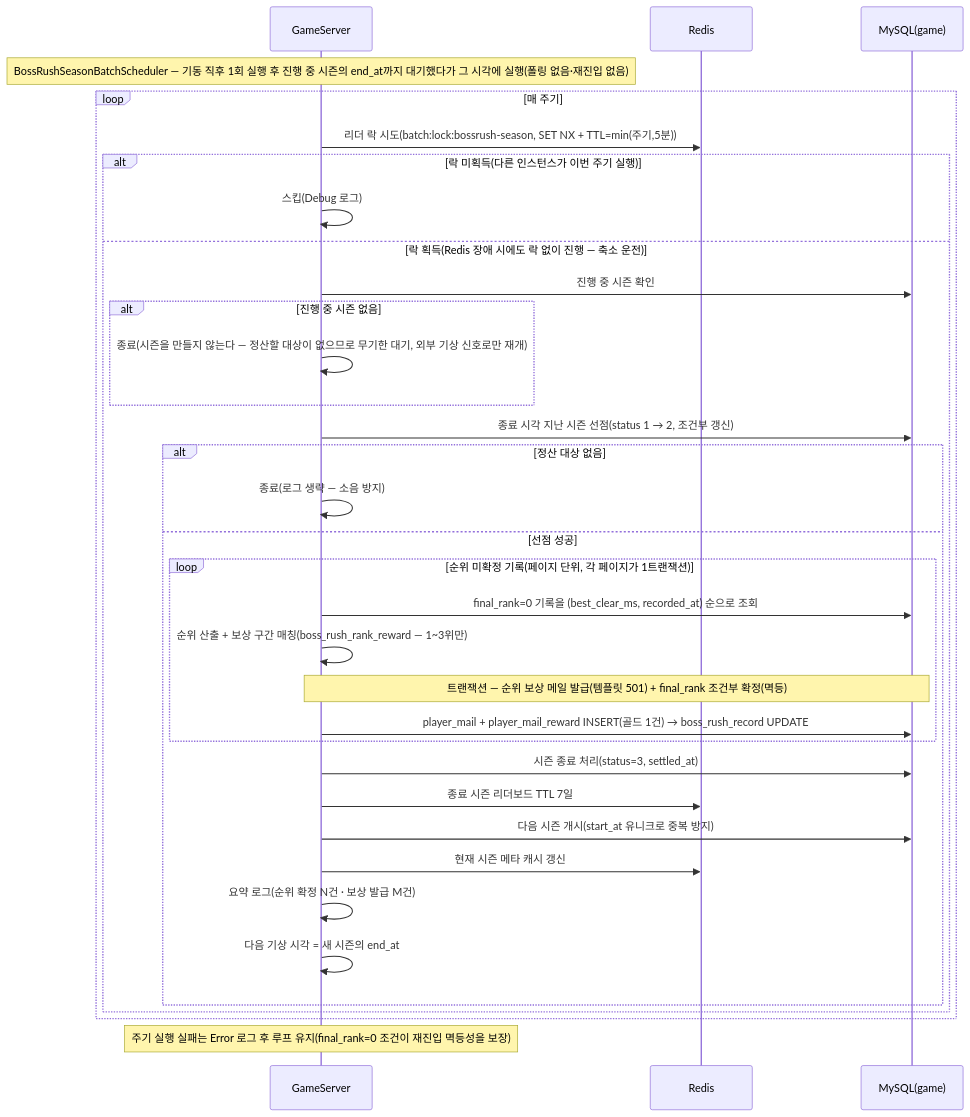
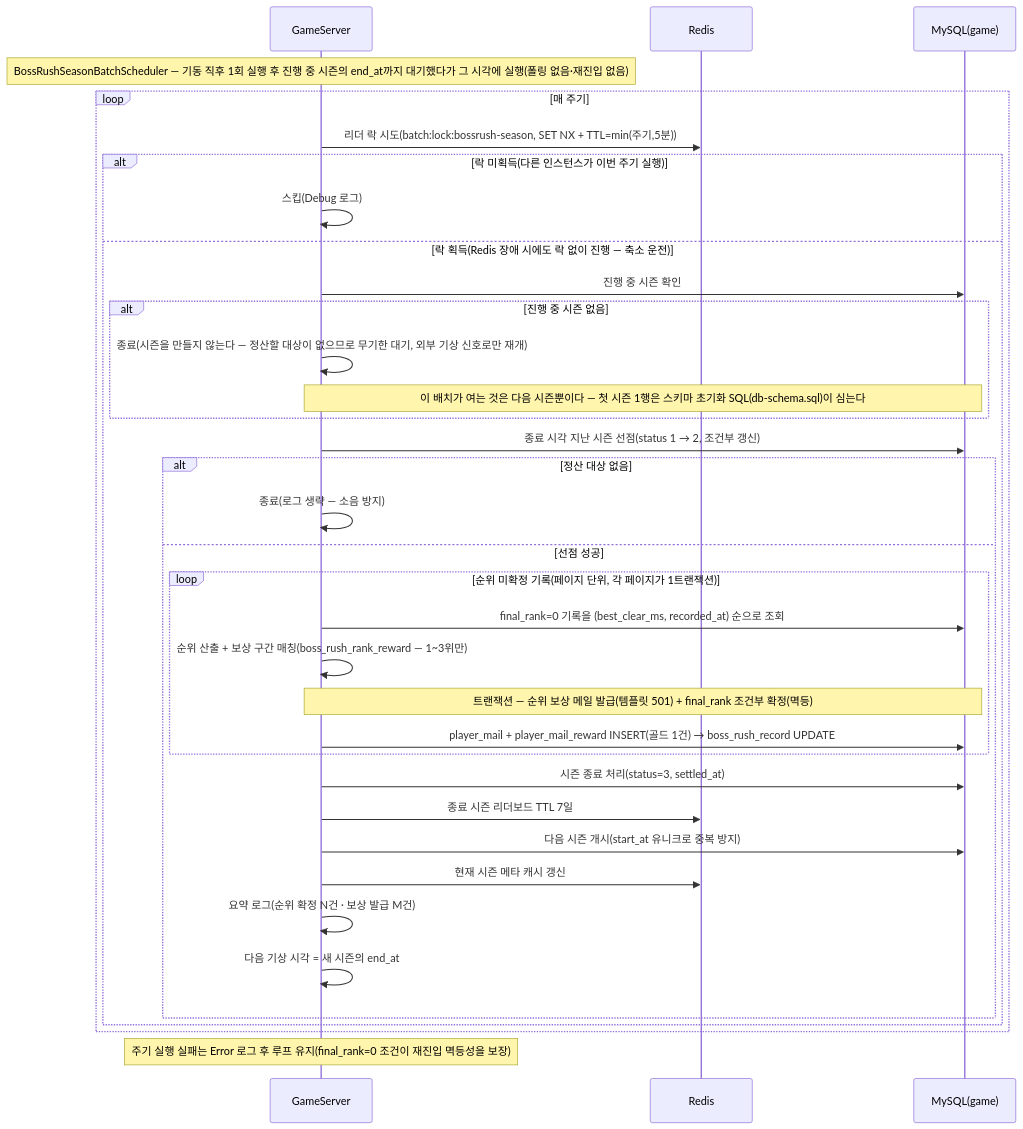
One commit to ks-wook/com2us-taskbar-hero changed diagram 48 of 48 in SequenceDiagram/README.md. Above: the diagram before and after it, drawn with Mermaid. The commit also changed 6 other files, not shown here.

````diff
--- a/SequenceDiagram/README.md
+++ b/SequenceDiagram/README.md
@@ -1595,37 +1595,38 @@
 ```mermaid
 sequenceDiagram
     participant S as GameServer
     participant R as Redis
     participant DB as MySQL(game)
 
     Note over S: BossRushSeasonBatchScheduler — 기동 직후 1회 실행 후 진행 중 시즌의 end_at까지 대기했다가 그 시각에 실행(폴링 없음·재진입 없음)
     loop 매 주기
         S->>R: 리더 락 시도(batch:lock:bossrush-season, SET NX + TTL=min(주기,5분))
         alt 락 미획득(다른 인스턴스가 이번 주기 실행)
             S->>S: 스킵(Debug 로그)
         else 락 획득(Redis 장애 시에도 락 없이 진행 — 축소 운전)
             S->>DB: 진행 중 시즌 확인
             alt 진행 중 시즌 없음
                 S->>S: 종료(시즌을 만들지 않는다 — 정산할 대상이 없으므로 무기한 대기, 외부 기상 신호로만 재개)
+                Note over S,DB: 이 배치가 여는 것은 다음 시즌뿐이다 — 첫 시즌 1행은 스키마 초기화 SQL(db-schema.sql)이 심는다
             end
             S->>DB: 종료 시각 지난 시즌 선점(status 1 → 2, 조건부 갱신)
             alt 정산 대상 없음
                 S->>S: 종료(로그 생략 — 소음 방지)
             else 선점 성공
                 loop 순위 미확정 기록(페이지 단위, 각 페이지가 1트랜잭션)
                     S->>DB: final_rank=0 기록을 (best_clear_ms, recorded_at) 순으로 조회
                     S->>S: 순위 산출 + 보상 구간 매칭(boss_rush_rank_reward — 1~3위만)
                     Note over S,DB: 트랜잭션 — 순위 보상 메일 발급(템플릿 501) + final_rank 조건부 확정(멱등)
                     S->>DB: player_mail + player_mail_reward INSERT(골드 1건) → boss_rush_record UPDATE
                 end
                 S->>DB: 시즌 종료 처리(status=3, settled_at)
                 S->>R: 종료 시즌 리더보드 TTL 7일
                 S->>DB: 다음 시즌 개시(start_at 유니크로 중복 방지)
                 S->>R: 현재 시즌 메타 캐시 갱신
                 S->>S: 요약 로그(순위 확정 N건 · 보상 발급 M건)
                 S->>S: 다음 기상 시각 = 새 시즌의 end_at
             end
         end
     end
     Note over S: 주기 실행 실패는 Error 로그 후 루프 유지(final_rank=0 조건이 재진입 멱등성을 보장)
 ```
````
